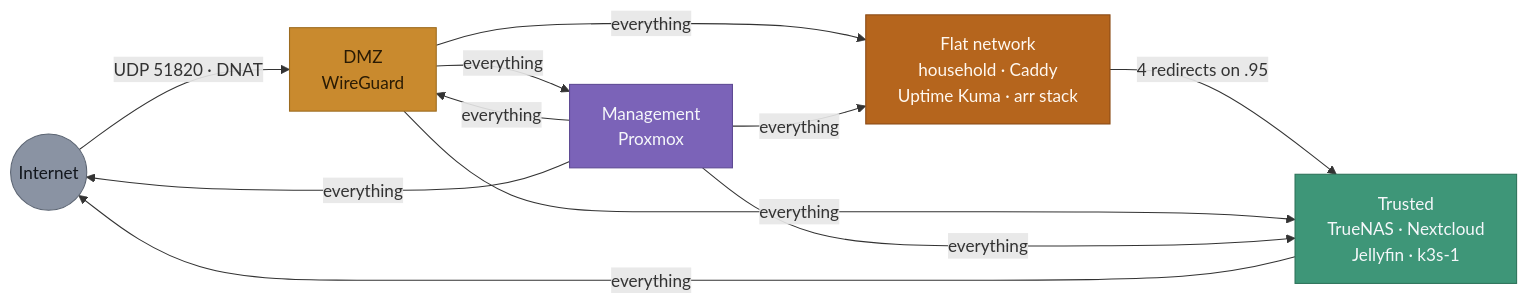
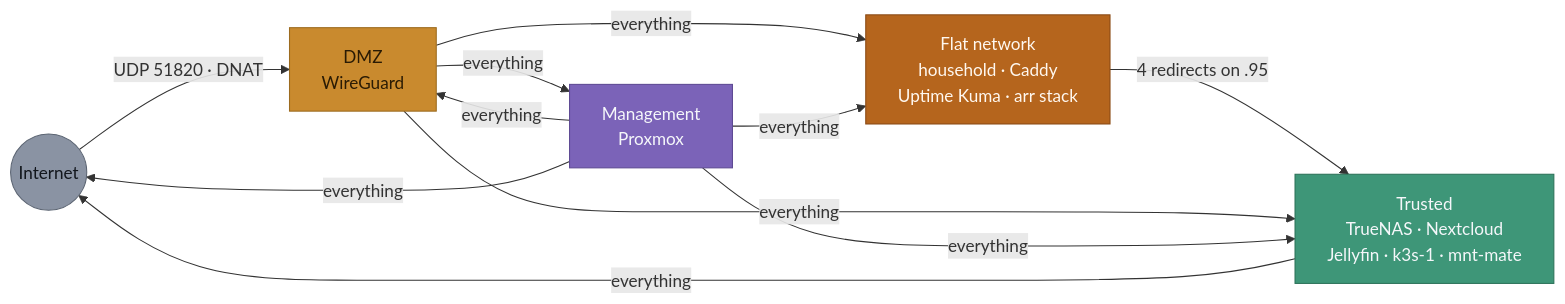
One commit to RuiGRMargarido/homelab changed the second of 6 diagrams in docs/NETWORK.md. Above: the diagram before and after it, drawn with Mermaid. The commit also changed other lines of this file and 11 other files, not shown here.

````diff
--- a/docs/NETWORK.md
+++ b/docs/NETWORK.md
@@ -294,25 +295,25 @@
 ```mermaid
 flowchart LR
     NET(("Internet")):::neut
     DMZ["DMZ<br/>WireGuard"]:::dmz
-    TRU["Trusted<br/>TrueNAS · Nextcloud<br/>Jellyfin · k3s-1"]:::tru
+    TRU["Trusted<br/>TrueNAS · Nextcloud<br/>Jellyfin · k3s-1 · mnt-mate"]:::tru
     MGM["Management<br/>Proxmox"]:::mgmt
     PLA["Flat network<br/>household · Caddy<br/>Uptime Kuma · arr stack"]:::flat
 
     NET -- "UDP 51820 · DNAT" --> DMZ
     PLA -- "4 redirects on .95" --> TRU
     DMZ -- "everything" --> TRU
     DMZ -- "everything" --> MGM
     DMZ -- "everything" --> PLA
     MGM -- "everything" --> DMZ
     MGM -- "everything" --> TRU
     MGM -- "everything" --> PLA
     MGM -- "everything" --> NET
     TRU -- "everything" --> NET
 
     classDef neut fill:#8A93A3,stroke:#5B6472,color:#12161C
     classDef dmz fill:#C98A2E,stroke:#9C6B1F,color:#2A1B04
     classDef mgmt fill:#7B63B8,stroke:#5E4A93,color:#F5F7FA
     classDef tru fill:#3E9678,stroke:#2C7259,color:#F5F7FA
     classDef flat fill:#B5651D,stroke:#8A4A15,color:#FFF8F0
 ```
````
